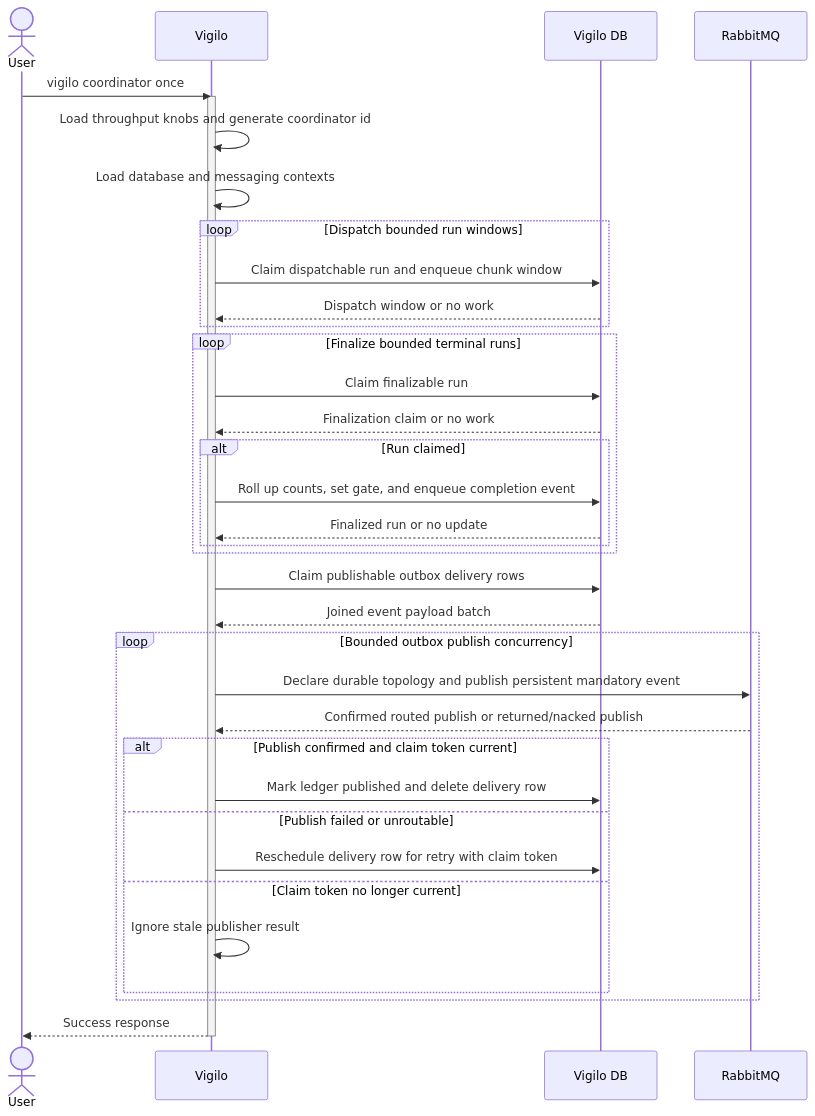
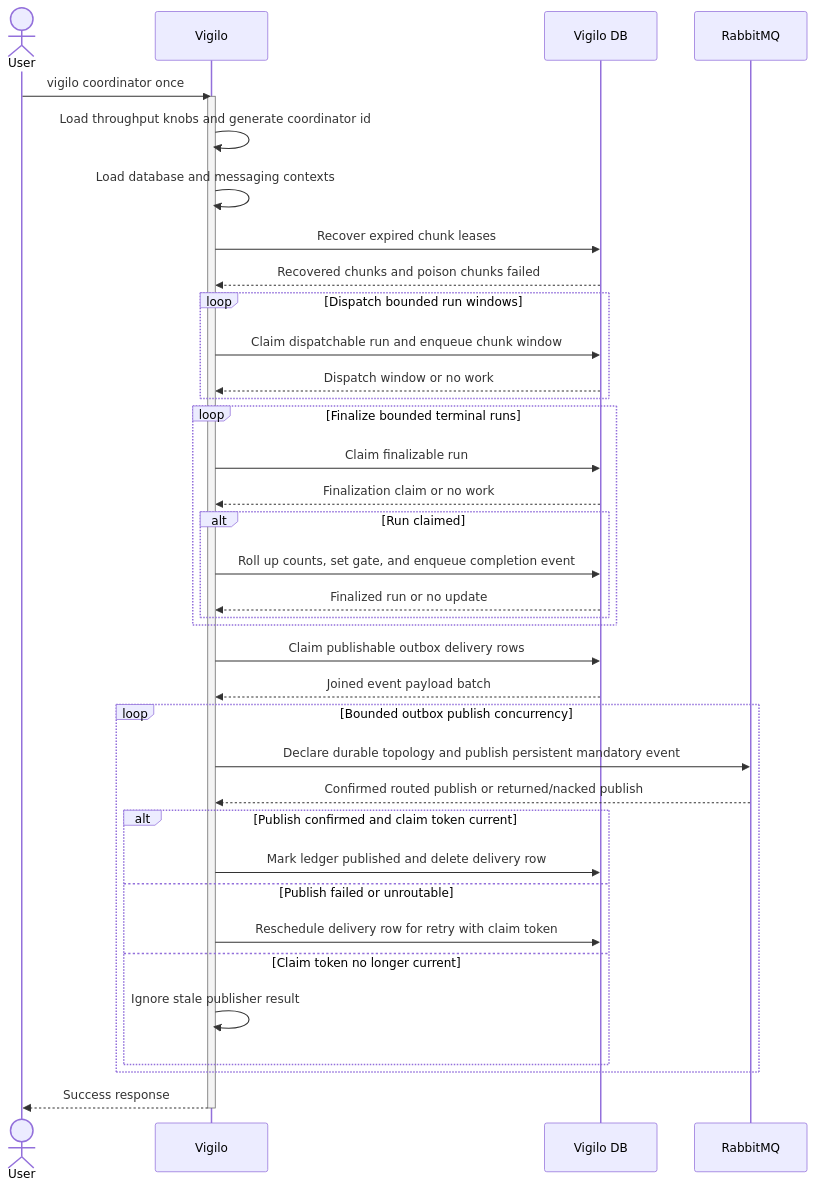
One commit to gregl83/agent-vigilo changed the diagram in web/docs/architecture/flows/coordinator/once/execution-flow.mmd. Above: the diagram before and after it, drawn with Mermaid. The commit also changed 16 other files, not shown here.

Commit message:
add crdtr handling for expired chunk leases

```diff
--- a/web/docs/architecture/flows/coordinator/once/execution-flow.mmd
+++ b/web/docs/architecture/flows/coordinator/once/execution-flow.mmd
@@ -1,50 +1,53 @@
 ---
 config:
   flowchart:
     nodeSpacing: 150
     rankSpacing: 80
   themeVariables:
     edgeLabelBackground: 'transparent'
 ---
 sequenceDiagram
     actor User
     participant Vigilo
     participant DB as Vigilo DB
     participant Queue as RabbitMQ
 
     User->>Vigilo: vigilo coordinator once
     activate Vigilo
     Vigilo->>Vigilo: Load throughput knobs and generate coordinator id
     Vigilo->>Vigilo: Load database and messaging contexts
+
+    Vigilo->>DB: Recover expired chunk leases
+    DB-->>Vigilo: Recovered chunks and poison chunks failed
 
     loop Dispatch bounded run windows
         Vigilo->>DB: Claim dispatchable run and enqueue chunk window
         DB-->>Vigilo: Dispatch window or no work
     end
 
     loop Finalize bounded terminal runs
         Vigilo->>DB: Claim finalizable run
         DB-->>Vigilo: Finalization claim or no work
         alt Run claimed
             Vigilo->>DB: Roll up counts, set gate, and enqueue completion event
             DB-->>Vigilo: Finalized run or no update
         end
     end
 
     Vigilo->>DB: Claim publishable outbox delivery rows
     DB-->>Vigilo: Joined event payload batch
 
     loop Bounded outbox publish concurrency
         Vigilo->>Queue: Declare durable topology and publish persistent mandatory event
         Queue-->>Vigilo: Confirmed routed publish or returned/nacked publish
         alt Publish confirmed and claim token current
             Vigilo->>DB: Mark ledger published and delete delivery row
         else Publish failed or unroutable
             Vigilo->>DB: Reschedule delivery row for retry with claim token
         else Claim token no longer current
             Vigilo->>Vigilo: Ignore stale publisher result
         end
     end
 
     Vigilo-->>User: Success response
     deactivate Vigilo
```
